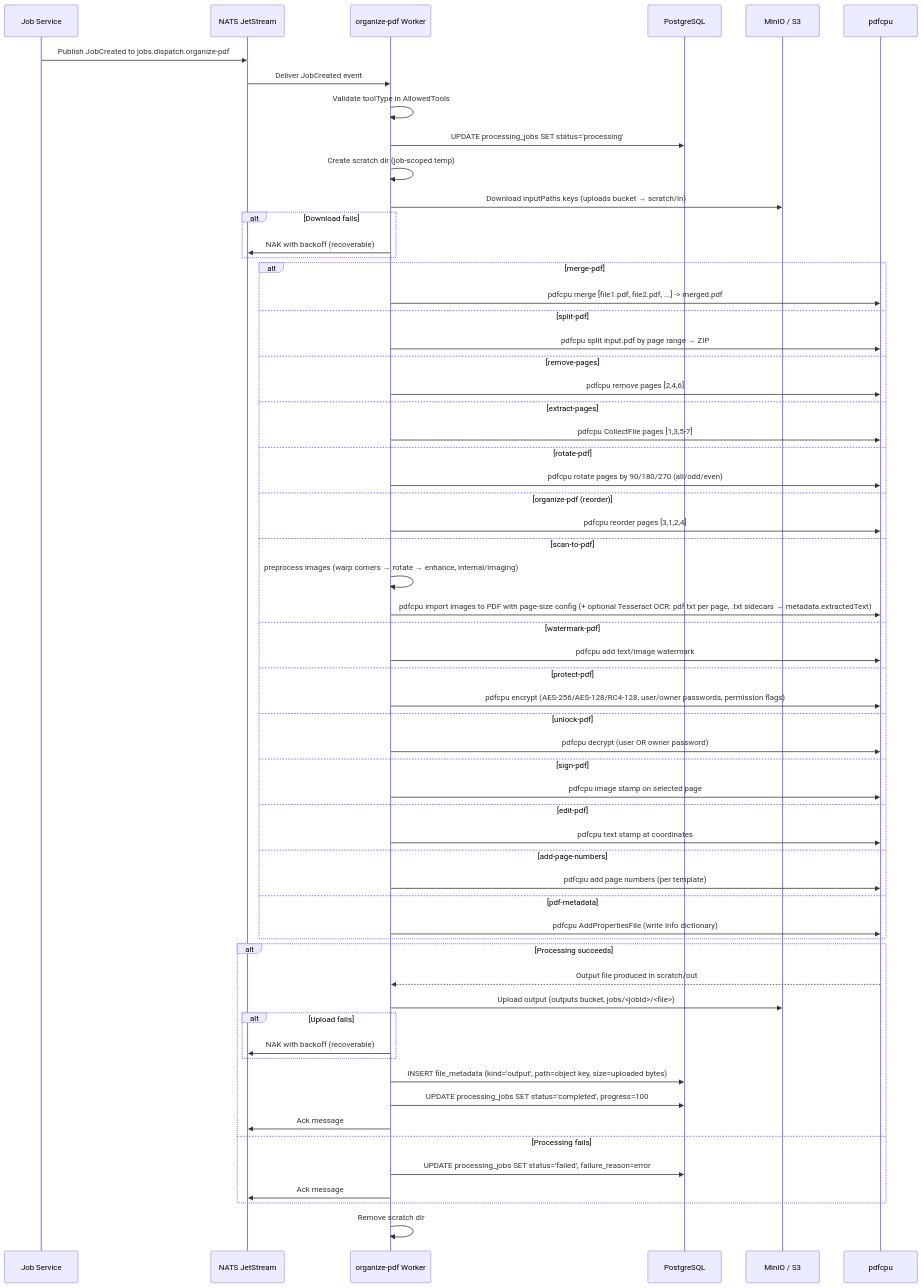
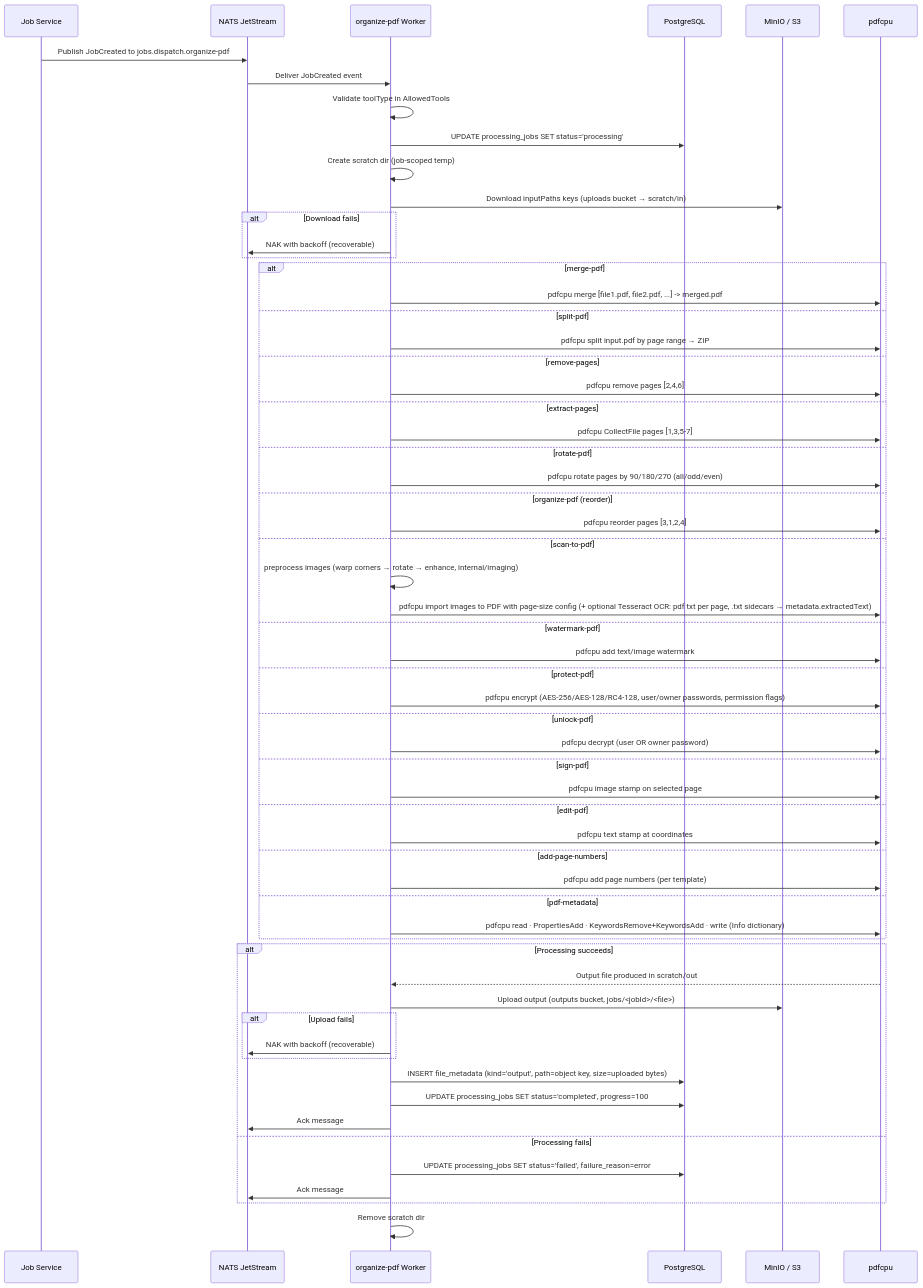
One commit to code-farms/fyredocs_backend changed the first of 4 diagrams in docs/developer/services/organize-pdf.md. Above: the diagram before and after it, drawn with Mermaid. The commit also changed other lines of this file and 41 other files, not shown here.

````diff
--- a/docs/developer/services/organize-pdf.md
+++ b/docs/developer/services/organize-pdf.md
@@ -759,67 +769,67 @@
 ```mermaid
 sequenceDiagram
     participant JS as Job Service
     participant NATS as NATS JetStream
     participant W as organize-pdf Worker
     participant DB as PostgreSQL
     participant S3 as MinIO / S3
     participant PC as pdfcpu
 
     JS->>NATS: Publish JobCreated to jobs.dispatch.organize-pdf
     NATS->>W: Deliver JobCreated event
 
     W->>W: Validate toolType in AllowedTools
     W->>DB: UPDATE processing_jobs SET status='processing'
 
     W->>W: Create scratch dir (job-scoped temp)
     W->>S3: Download inputPaths keys (uploads bucket → scratch/in)
     alt Download fails
         W->>NATS: NAK with backoff (recoverable)
     end
 
     alt merge-pdf
         W->>PC: pdfcpu merge [file1.pdf, file2.pdf, ...] -> merged.pdf
     else split-pdf
         W->>PC: pdfcpu split input.pdf by page range → ZIP
     else remove-pages
         W->>PC: pdfcpu remove pages [2,4,6]
     else extract-pages
         W->>PC: pdfcpu CollectFile pages [1,3,5-7]
     else rotate-pdf
         W->>PC: pdfcpu rotate pages by 90/180/270 (all/odd/even)
     else organize-pdf (reorder)
         W->>PC: pdfcpu reorder pages [3,1,2,4]
     else scan-to-pdf
         W->>W: preprocess images (warp corners → rotate → enhance, internal/imaging)
         W->>PC: pdfcpu import images to PDF with page-size config (+ optional Tesseract OCR: pdf txt per page, .txt sidecars → metadata.extractedText)
     else watermark-pdf
         W->>PC: pdfcpu add text/image watermark
     else protect-pdf
         W->>PC: pdfcpu encrypt (AES-256/AES-128/RC4-128, user/owner passwords, permission flags)
     else unlock-pdf
         W->>PC: pdfcpu decrypt (user OR owner password)
     else sign-pdf
         W->>PC: pdfcpu image stamp on selected page
     else edit-pdf
         W->>PC: pdfcpu text stamp at coordinates
     else add-page-numbers
         W->>PC: pdfcpu add page numbers (per template)
     else pdf-metadata
-        W->>PC: pdfcpu AddPropertiesFile (write Info dictionary)
+        W->>PC: pdfcpu read · PropertiesAdd · KeywordsRemove+KeywordsAdd · write (Info dictionary)
     end
 
     alt Processing succeeds
         PC-->>W: Output file produced in scratch/out
         W->>S3: Upload output (outputs bucket, jobs/<jobId>/<file>)
         alt Upload fails
             W->>NATS: NAK with backoff (recoverable)
         end
         W->>DB: INSERT file_metadata (kind='output', path=object key, size=uploaded bytes)
         W->>DB: UPDATE processing_jobs SET status='completed', progress=100
         W->>NATS: Ack message
     else Processing fails
         W->>DB: UPDATE processing_jobs SET status='failed', failure_reason=error
         W->>NATS: Ack message
     end
     W->>W: Remove scratch dir
 ```
````
